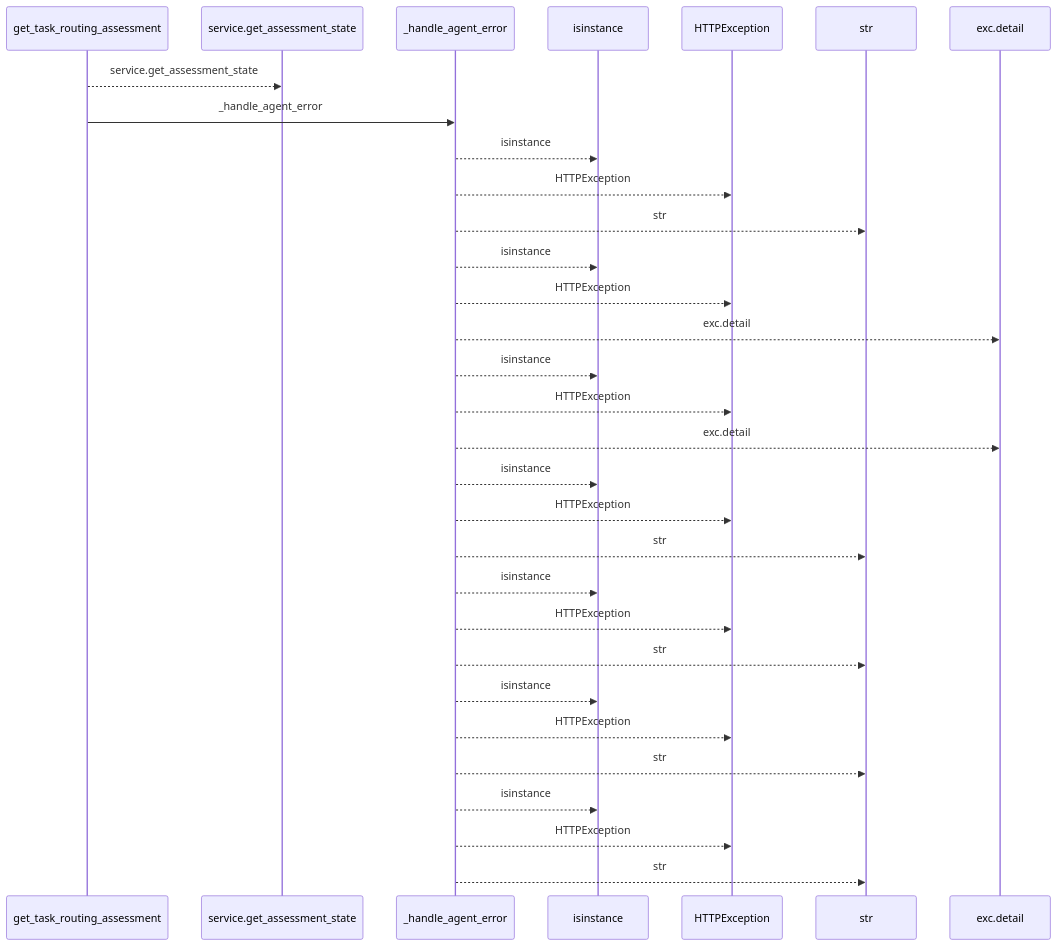
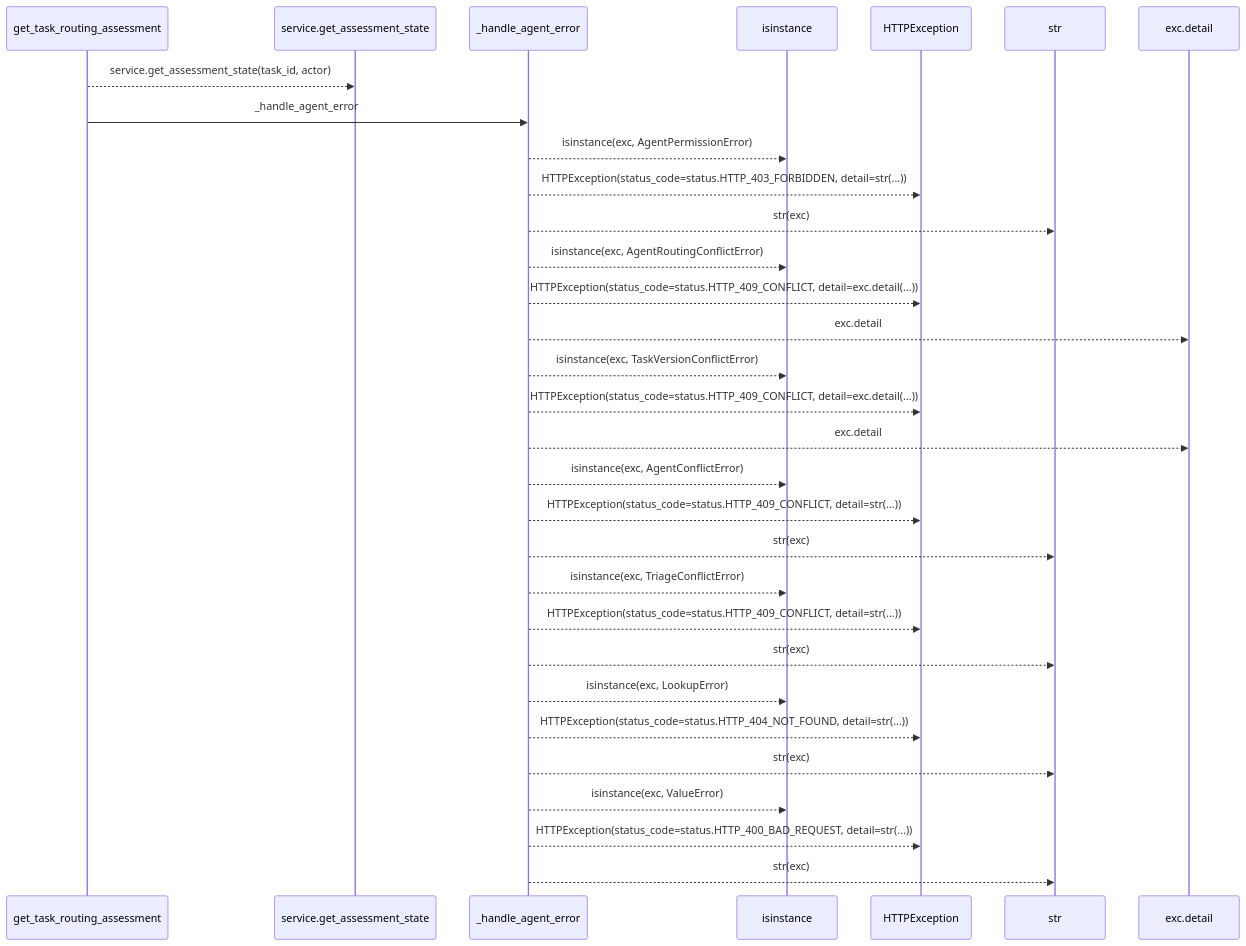
The first of 2 diagrams in docs/llm_wiki/flows/http-get_task_routing_assessment.md (Denissvgn/WorkChord), drawn with Mermaid before and after one commit. The commit also changed other lines of this file and 25171 other files, not shown here.

````diff
--- a/docs/llm_wiki/flows/http-get_task_routing_assessment.md
+++ b/docs/llm_wiki/flows/http-get_task_routing_assessment.md
@@ -10,33 +12,33 @@
 ```mermaid
 sequenceDiagram
     participant p0 as get_task_routing_assessment
     participant p1 as service.get_assessment_state
     participant p2 as _handle_agent_error
     participant p3 as isinstance
     participant p4 as HTTPException
     participant p5 as str
     participant p6 as exc.detail
-    p0-->>p1: service.get_assessment_state
+    p0-->>p1: service.get_assessment_state(task_id, actor)
     p0->>p2: _handle_agent_error
-    p2-->>p3: isinstance
-    p2-->>p4: HTTPException
-    p2-->>p5: str
-    p2-->>p3: isinstance
-    p2-->>p4: HTTPException
+    p2-->>p3: isinstance(exc, AgentPermissionError)
+    p2-->>p4: HTTPException(status_code=status.HTTP_403_FORBIDDEN, detail=str(...))
+    p2-->>p5: str(exc)
+    p2-->>p3: isinstance(exc, AgentRoutingConflictError)
+    p2-->>p4: HTTPException(status_code=status.HTTP_409_CONFLICT, detail=exc.detail(...))
     p2-->>p6: exc.detail
-    p2-->>p3: isinstance
-    p2-->>p4: HTTPException
+    p2-->>p3: isinstance(exc, TaskVersionConflictError)
+    p2-->>p4: HTTPException(status_code=status.HTTP_409_CONFLICT, detail=exc.detail(...))
     p2-->>p6: exc.detail
-    p2-->>p3: isinstance
-    p2-->>p4: HTTPException
-    p2-->>p5: str
-    p2-->>p3: isinstance
-    p2-->>p4: HTTPException
-    p2-->>p5: str
-    p2-->>p3: isinstance
-    p2-->>p4: HTTPException
-    p2-->>p5: str
-    p2-->>p3: isinstance
-    p2-->>p4: HTTPException
-    p2-->>p5: str
+    p2-->>p3: isinstance(exc, AgentConflictError)
+    p2-->>p4: HTTPException(status_code=status.HTTP_409_CONFLICT, detail=str(...))
+    p2-->>p5: str(exc)
+    p2-->>p3: isinstance(exc, TriageConflictError)
+    p2-->>p4: HTTPException(status_code=status.HTTP_409_CONFLICT, detail=str(...))
+    p2-->>p5: str(exc)
+    p2-->>p3: isinstance(exc, LookupError)
+    p2-->>p4: HTTPException(status_code=status.HTTP_404_NOT_FOUND, detail=str(...))
+    p2-->>p5: str(exc)
+    p2-->>p3: isinstance(exc, ValueError)
+    p2-->>p4: HTTPException(status_code=status.HTTP_400_BAD_REQUEST, detail=str(...))
+    p2-->>p5: str(exc)
 ```
````
